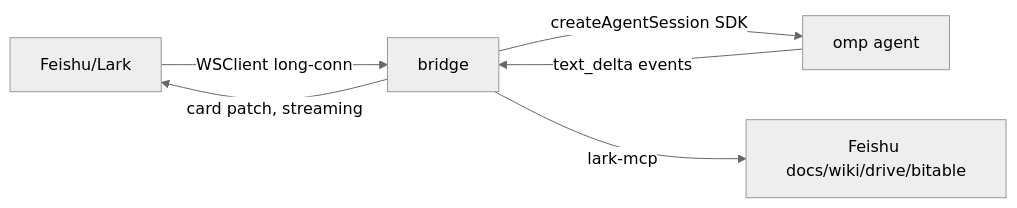
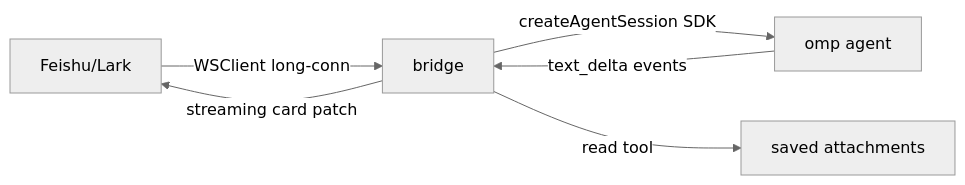
Before and after one commit to lingion/feishu-omp-bridge: the diagram in README.md, drawn with Mermaid (neutral theme). The commit also changed other lines of this file, not shown here.

````diff
--- a/README.md
+++ b/README.md
@@ -10,8 +15,8 @@
 ```mermaid
 flowchart LR
   A[Feishu/Lark] -->|WSClient long-conn| B[bridge]
   B -->|createAgentSession SDK| C[omp agent]
   C -->|text_delta events| B
-  B -->|card patch, streaming| A
-  B -->|lark-mcp| D[Feishu docs/wiki/drive/bitable]
+  B -->|streaming card patch| A
+  B -->|read tool| D[saved attachments]
 ```
````
